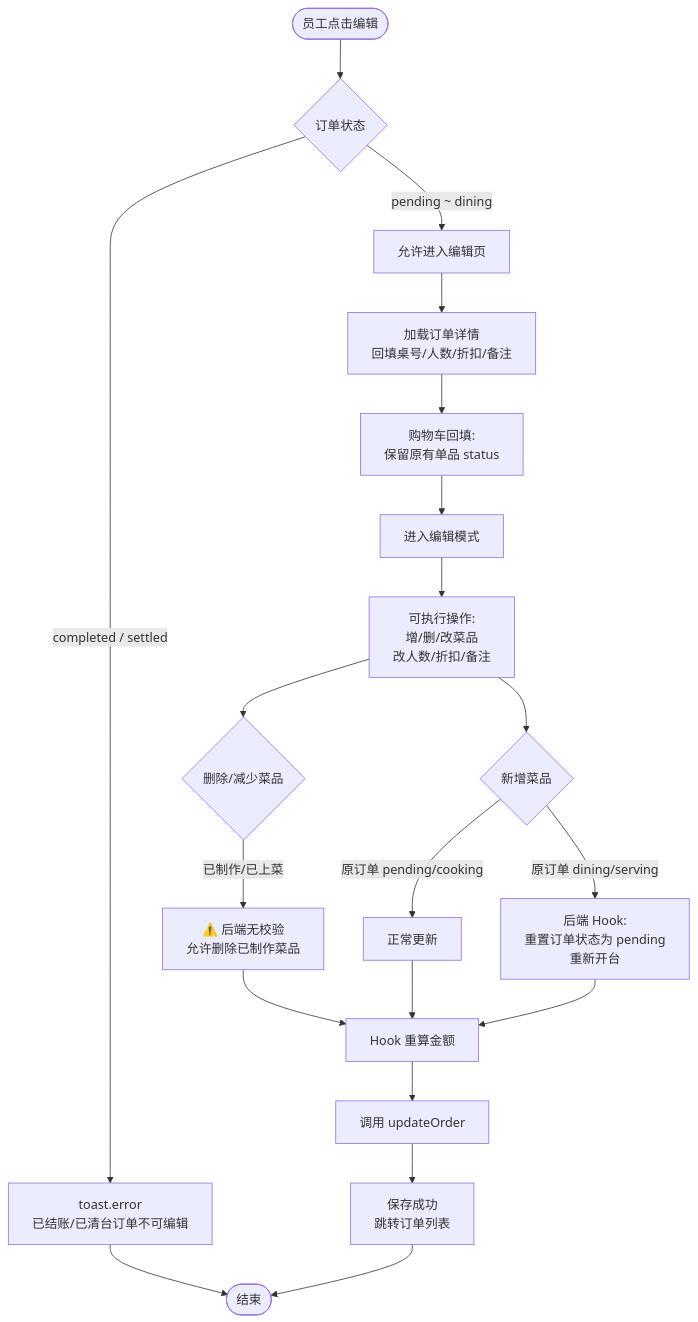
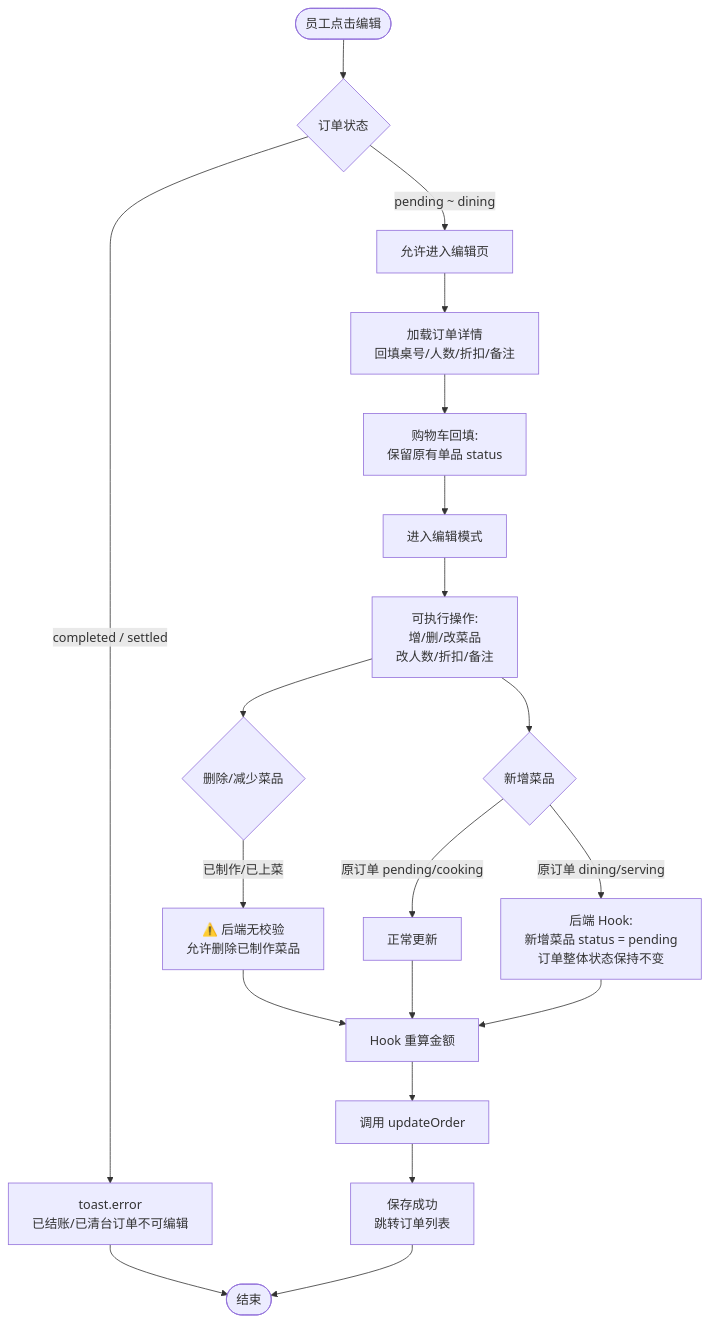
The fifth of 16 diagrams in docs/BUSINESS_PROCESS_FLOW.md (Franklee1113/restaurant-pos-vue), drawn with Mermaid before and after one commit. The commit also changed other lines of this file and 14 other files, not shown here.

````diff
--- a/docs/BUSINESS_PROCESS_FLOW.md
+++ b/docs/BUSINESS_PROCESS_FLOW.md
@@ -159,26 +159,26 @@
 ```mermaid
 flowchart TD
     Start2([员工点击编辑]) --> PermCheck{订单状态}
     PermCheck -->|completed / settled| BlockEdit[toast.error<br/>已结账/已清台订单不可编辑]
     BlockEdit --> End2([结束])
     PermCheck -->|pending ~ dining| AllowEdit[允许进入编辑页]
 
     AllowEdit --> LoadOrder[加载订单详情<br/>回填桌号/人数/折扣/备注]
     LoadOrder --> LoadItems[购物车回填:<br/>保留原有单品 status]
     LoadItems --> EditMode[进入编辑模式]
 
     EditMode --> EditOps[可执行操作:<br/>增/删/改菜品<br/>改人数/折扣/备注]
     EditOps --> AddNew{新增菜品}
-    AddNew -->|原订单 dining/serving| ResetStatus[后端 Hook:<br/>重置订单状态为 pending<br/>重新开台]
+    AddNew -->|原订单 dining/serving| ResetStatus[后端 Hook:<br/>新增菜品 status = pending<br/>订单整体状态保持不变]
     AddNew -->|原订单 pending/cooking| NormalUpdate[正常更新]
 
     EditOps --> RemoveDish{删除/减少菜品}
     RemoveDish -->|已制作/已上菜| NoBackendCheck[⚠️ 后端无校验<br/>允许删除已制作菜品]
     NoBackendCheck --> Recalc[Hook 重算金额]
     NormalUpdate --> Recalc
     ResetStatus --> Recalc
 
     Recalc --> Save[调用 updateOrder]
     Save --> Success2[保存成功<br/>跳转订单列表]
     Success2 --> End2
 ```
````
